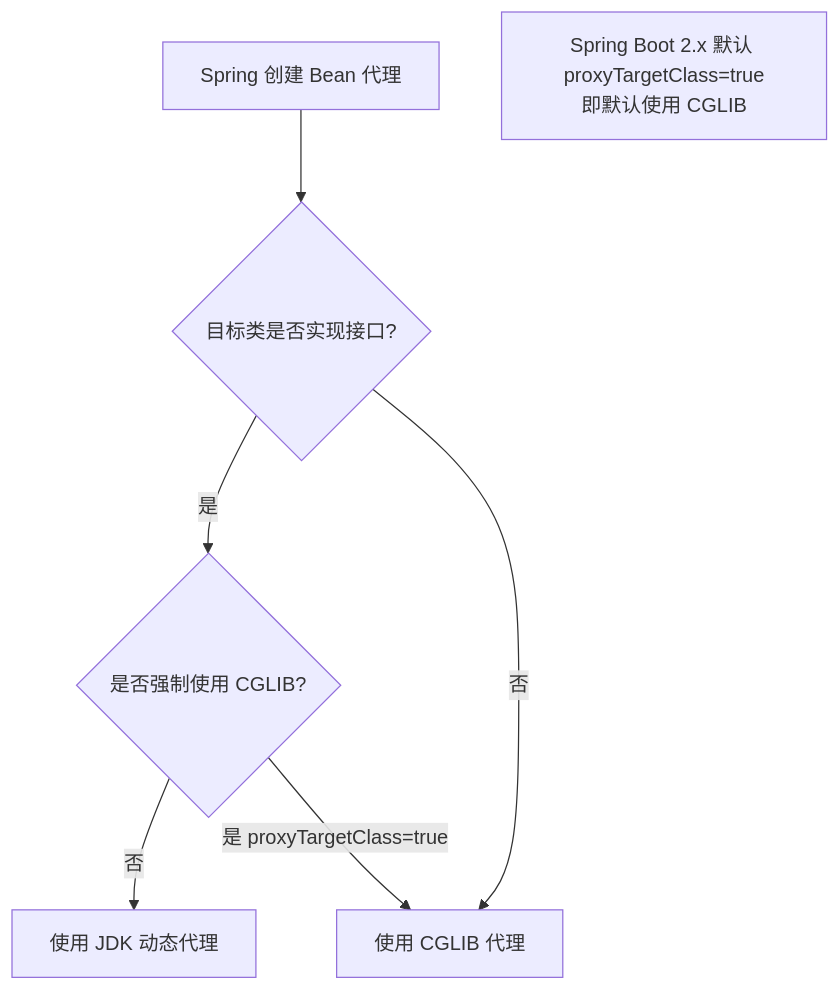
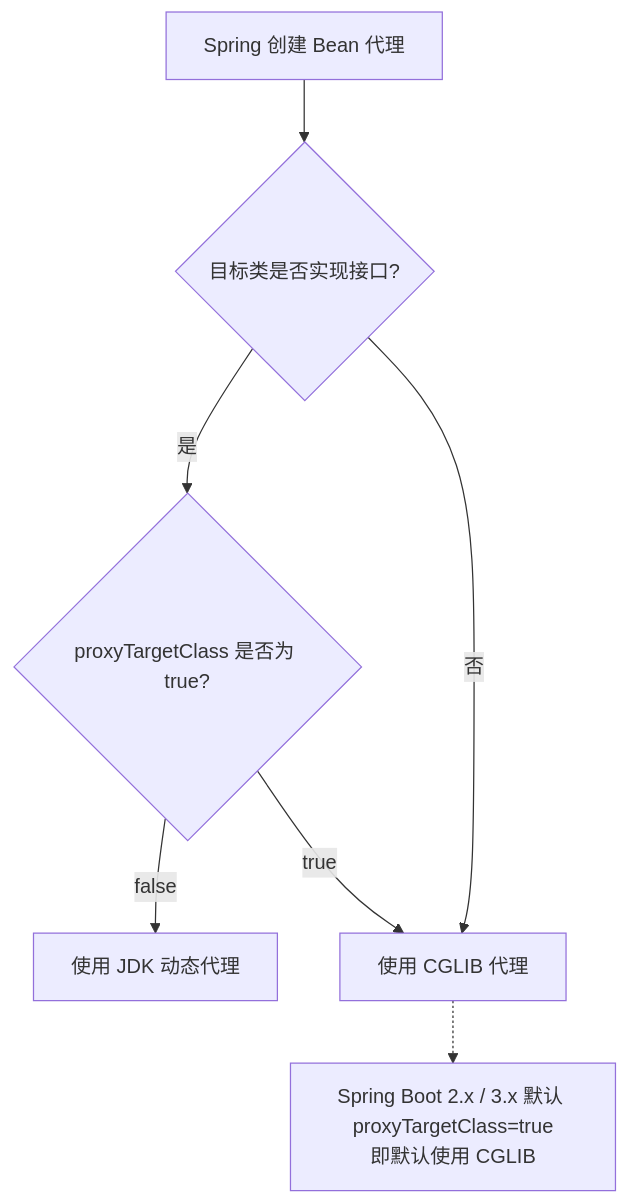
The third of 3 diagrams in docs/design-pattern/02-structural/chapter-03-proxy.md (b1tzer/the-stack), drawn with Mermaid before and after one commit. The commit also changed other lines of this file and 7 other files, not shown here.

````diff
--- a/docs/design-pattern/02-structural/chapter-03-proxy.md
+++ b/docs/design-pattern/02-structural/chapter-03-proxy.md
@@ -304,9 +314,10 @@
 ```mermaid
 flowchart TD
     A[Spring 创建 Bean 代理] --> B{目标类是否实现接口?}
-    B -->|是| C{是否强制使用 CGLIB?}
-    C -->|否| D[使用 JDK 动态代理]
-    C -->|是 proxyTargetClass=true| E[使用 CGLIB 代理]
+    B -->|是| C{proxyTargetClass 是否为 true?}
+    C -->|false| D[使用 JDK 动态代理]
+    C -->|true| E[使用 CGLIB 代理]
     B -->|否| E
-    note1["Spring Boot 2.x 默认 proxyTargetClass=true<br/>即默认使用 CGLIB"]
+    E -.-> note1
+    note1["Spring Boot 2.x / 3.x 默认 proxyTargetClass=true<br/>即默认使用 CGLIB"]
 ```
````
